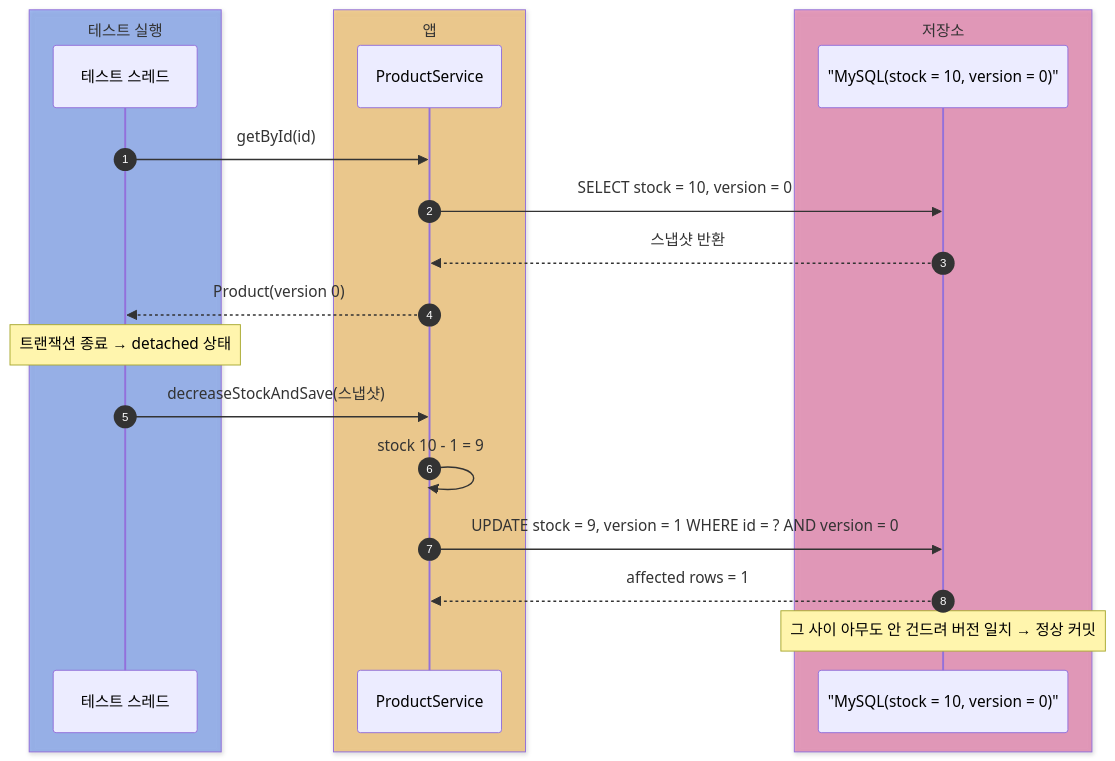
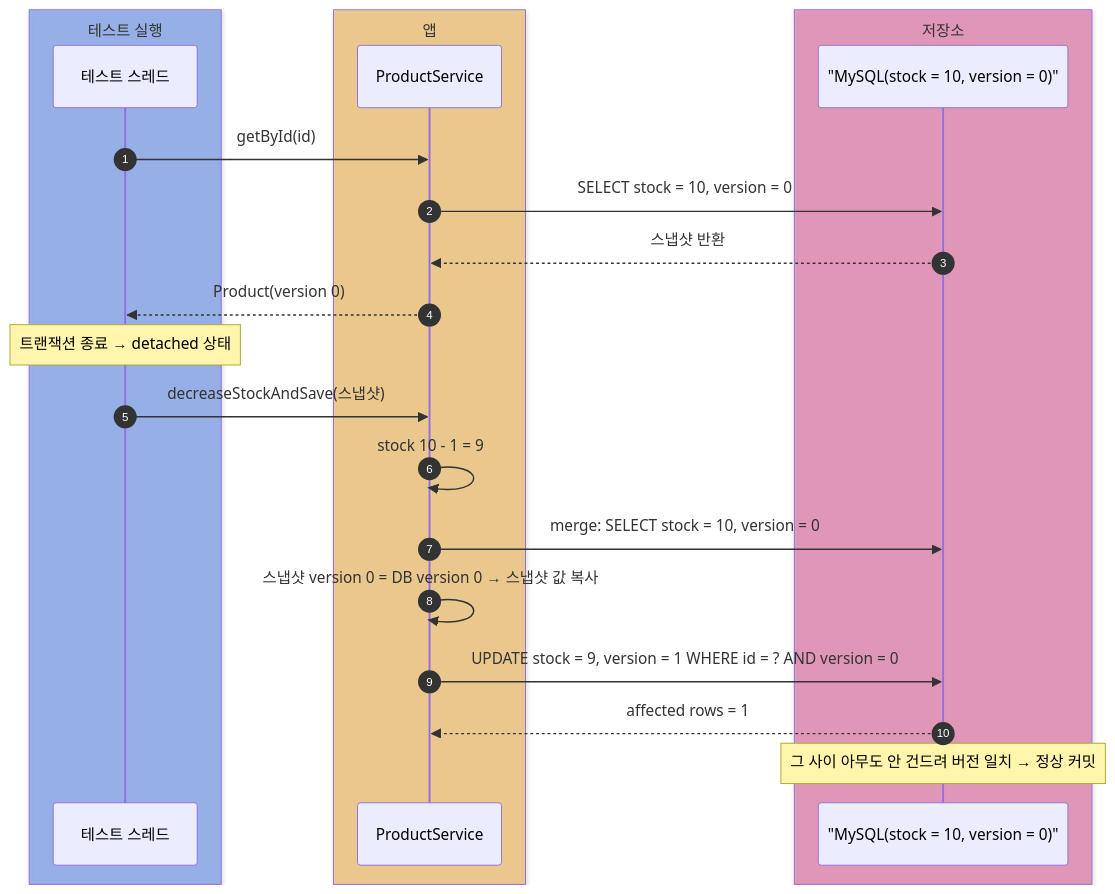
Before and after one commit to HJC96/deep-dive: the second of 4 diagrams in labs/spring-data-jpa/README.md, drawn with Mermaid. The commit also changed other lines of this file and 5 other files, not shown here.

````diff
--- a/labs/spring-data-jpa/README.md
+++ b/labs/spring-data-jpa/README.md
@@ -92,26 +94,28 @@
 ```mermaid
 sequenceDiagram
     autonumber
     box rgba(37, 99, 235, 0.40) 테스트 실행
     participant Test as 테스트 스레드
     end
     box rgba(245, 158, 11, 0.40) 앱
     participant Service as ProductService
     end
     box rgba(219, 39, 119, 0.40) 저장소
     participant DB as "MySQL(stock = 10, version = 0)"
     end
 
     Test->>Service: getById(id)
     Service->>DB: SELECT stock = 10, version = 0
     DB-->>Service: 스냅샷 반환
     Service-->>Test: Product(version 0)
     Note over Test: 트랜잭션 종료 → detached 상태
 
     Test->>Service: decreaseStockAndSave(스냅샷)
     Service->>Service: stock 10 - 1 = 9
+    Service->>DB: merge: SELECT stock = 10, version = 0
+    Service->>Service: 스냅샷 version 0 = DB version 0 → 스냅샷 값 복사
     Service->>DB: UPDATE stock = 9, version = 1 WHERE id = ? AND version = 0
     DB-->>Service: affected rows = 1
 
     Note over DB: 그 사이 아무도 안 건드려 버전 일치 → 정상 커밋
 ```
````
